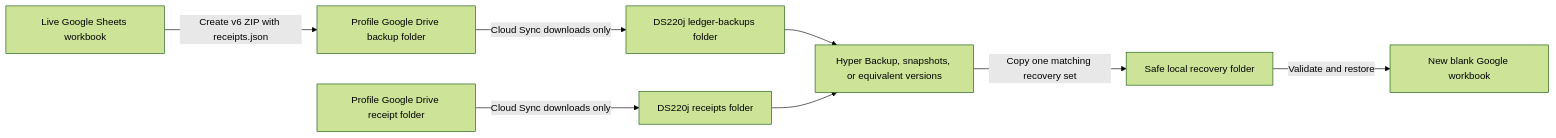
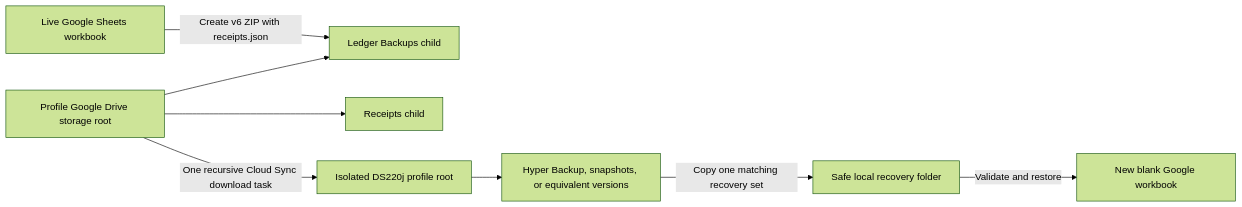
One commit to Roklion/Project_Tabula_Rasa changed the diagram in docs/operations/SYNOLOGY_RECOVERY.md. Above: the diagram before and after it, drawn with Mermaid (forest theme). The commit also changed other lines of this file and 5 other files, not shown here.

````diff
--- a/docs/operations/SYNOLOGY_RECOVERY.md
+++ b/docs/operations/SYNOLOGY_RECOVERY.md
@@ -21,19 +24,19 @@
 ```mermaid
 flowchart LR
     Sheets["Live Google Sheets workbook"]
-    DriveBackups["Profile Google Drive backup folder"]
-    DriveReceipts["Profile Google Drive receipt folder"]
-    NASBackups["DS220j ledger-backups folder"]
-    NASReceipts["DS220j receipts folder"]
+    DriveRoot["Profile Google Drive storage root"]
+    DriveBackups["Ledger Backups child"]
+    DriveReceipts["Receipts child"]
+    NASRoot["Isolated DS220j profile root"]
     Versions["Hyper Backup, snapshots, or equivalent versions"]
     Local["Safe local recovery folder"]
     Recovery["New blank Google workbook"]
 
     Sheets -->|"Create v6 ZIP with receipts.json"| DriveBackups
-    DriveReceipts -->|"Cloud Sync downloads only"| NASReceipts
-    DriveBackups -->|"Cloud Sync downloads only"| NASBackups
-    NASBackups --> Versions
-    NASReceipts --> Versions
+    DriveRoot --> DriveBackups
+    DriveRoot --> DriveReceipts
+    DriveRoot -->|"One recursive Cloud Sync download task"| NASRoot
+    NASRoot --> Versions
     Versions -->|"Copy one matching recovery set"| Local
     Local -->|"Validate and restore"| Recovery
 ```
````
